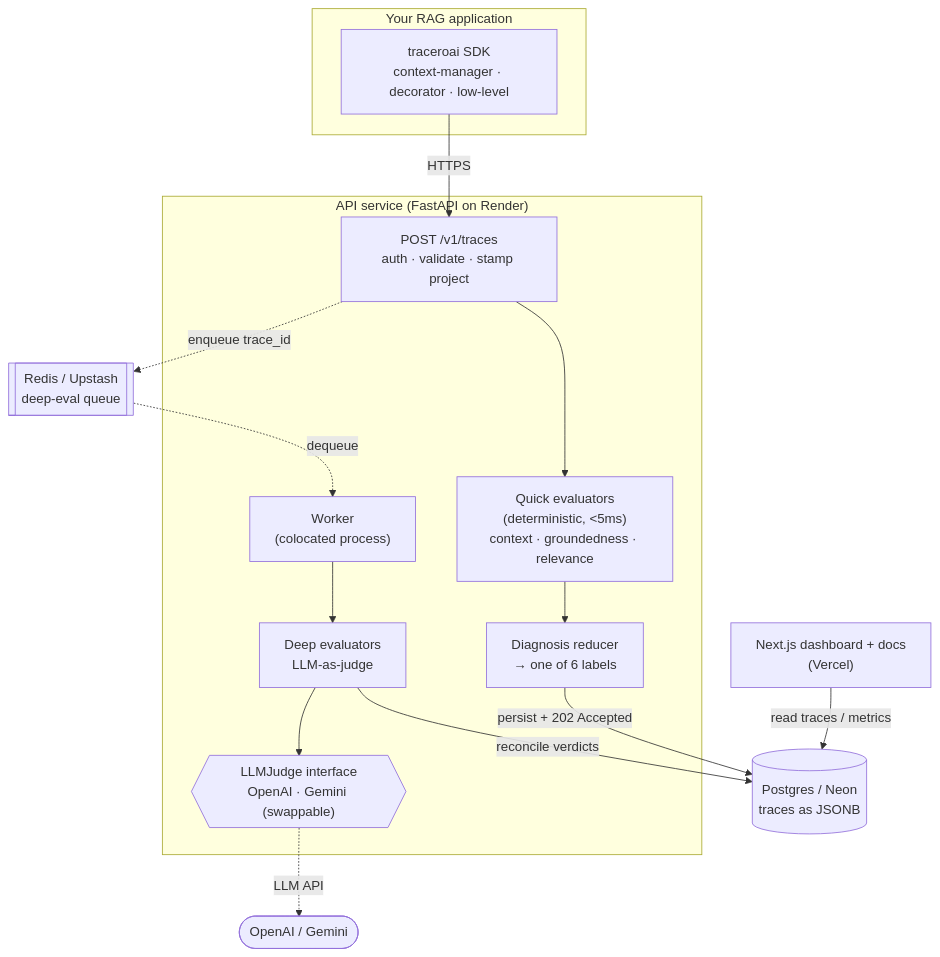
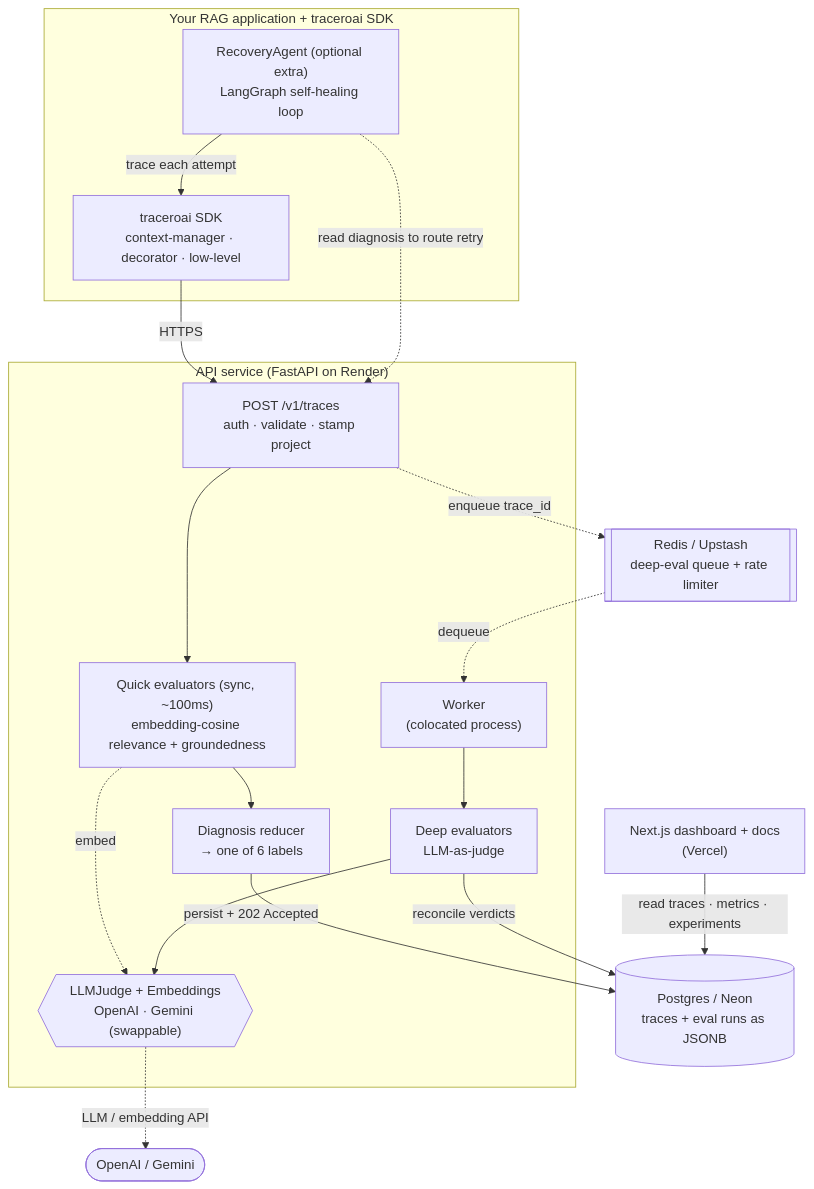
Before and after one commit to chinmai-sd-123/TraceroAI: the diagram in README.md, drawn with Mermaid. The commit also changed other lines of this file and 1 other file, not shown here.

Commit message:
docs: update architecture diagram + system design for embeddings, experiment harness, recovery

````diff
--- a/README.md
+++ b/README.md
@@ -74,31 +74,35 @@
 ```mermaid
 flowchart TB
-    subgraph client["Your RAG application"]
+    subgraph client["Your RAG application + traceroai SDK"]
         SDK["traceroai SDK<br/>context-manager · decorator · low-level"]
+        RECOVERY["RecoveryAgent (optional extra)<br/>LangGraph self-healing loop"]
     end
 
     subgraph api["API service (FastAPI on Render)"]
         INGEST["POST /v1/traces<br/>auth · validate · stamp project"]
-        QUICK["Quick evaluators<br/>(deterministic, &lt;5ms)<br/>context · groundedness · relevance"]
+        QUICK["Quick evaluators (sync, ~100ms)<br/>embedding-cosine relevance + groundedness"]
         DIAG["Diagnosis reducer<br/>→ one of 6 labels"]
         WORKER["Worker<br/>(colocated process)"]
         DEEP["Deep evaluators<br/>LLM-as-judge"]
-        JUDGE{{"LLMJudge interface<br/>OpenAI · Gemini (swappable)"}}
+        JUDGE{{"LLMJudge + Embeddings<br/>OpenAI · Gemini (swappable)"}}
     end
 
-    PG[("Postgres / Neon<br/>traces as JSONB")]
-    REDIS[["Redis / Upstash<br/>deep-eval queue"]]
+    PG[("Postgres / Neon<br/>traces + eval runs as JSONB")]
+    REDIS[["Redis / Upstash<br/>deep-eval queue + rate limiter"]]
     WEB["Next.js dashboard + docs<br/>(Vercel)"]
 
     SDK -->|"HTTPS"| INGEST
+    RECOVERY -->|"trace each attempt"| SDK
+    RECOVERY -.->|"read diagnosis to route retry"| INGEST
     INGEST --> QUICK --> DIAG
+    QUICK -.->|"embed"| JUDGE
     DIAG -->|"persist + 202 Accepted"| PG
     INGEST -.->|"enqueue trace_id"| REDIS
 
     REDIS -.->|"dequeue"| WORKER
     WORKER --> DEEP --> JUDGE
-    JUDGE -.->|"LLM API"| EXT(["OpenAI / Gemini"])
+    JUDGE -.->|"LLM / embedding API"| EXT(["OpenAI / Gemini"])
     DEEP -->|"reconcile verdicts"| PG
 
-    WEB -->|"read traces / metrics"| PG
+    WEB -->|"read traces · metrics · experiments"| PG
 ```
````
